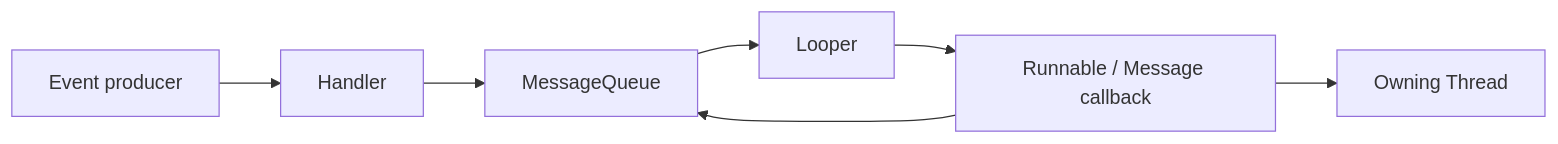
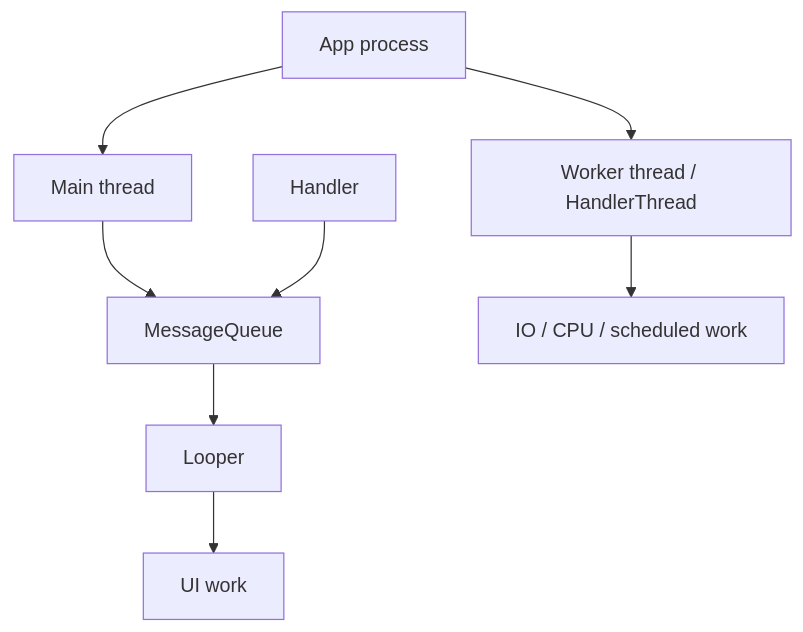
The fourth of 4 diagrams in _posts/2026-06-09-manifest-android-interview-01-android-framework.md (m1ser4ble/m1ser4ble.github.io), drawn with Mermaid before and after one commit. The commit also changed other lines of this file, not shown here.

```diff
--- a/_posts/2026-06-09-manifest-android-interview-01-android-framework.md
+++ b/_posts/2026-06-09-manifest-android-interview-01-android-framework.md
@@ -150,12 +169,16 @@
 <div class="mermaid">
-flowchart LR
-    Producer[Event producer]
-    Handler[Handler]
+flowchart TD
+    Process[App process]
+    Main[Main thread]
     Queue[MessageQueue]
     Looper[Looper]
-    Callback[Runnable / Message callback]
-    Thread[Owning Thread]
+    Handler[Handler]
+    UI[UI work]
+    Worker[Worker thread / HandlerThread]
+    Background[IO / CPU / scheduled work]
 
-    Producer --> Handler --> Queue --> Looper --> Callback --> Thread
-    Callback --> Queue
+    Process --> Main
+    Main --> Queue --> Looper --> UI
+    Handler --> Queue
+    Process --> Worker --> Background
 </div>
```
